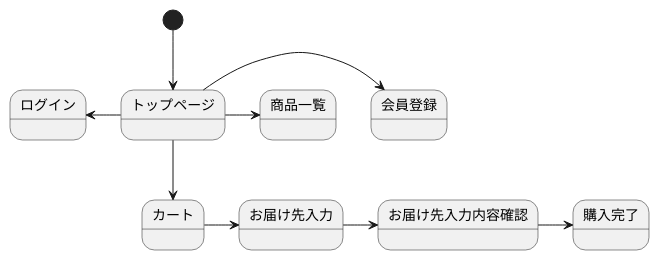
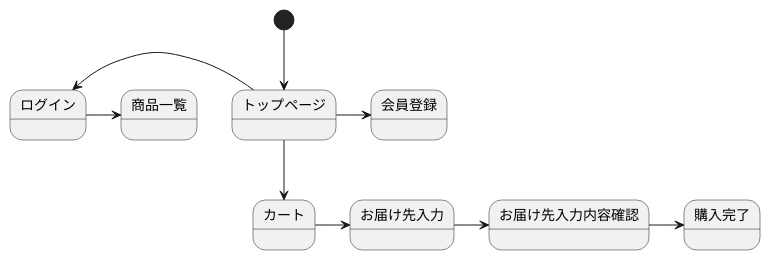
One commit to Aso2001379/2021sys-desing changed the diagram in kadai12.md. Above: the diagram before and after it, drawn with PlantUML.

````diff
--- a/kadai12.md
+++ b/kadai12.md
@@ -1,12 +1,12 @@
 ```uml
 @startuml
 [*] --> トップページ
 トップページ -> 会員登録
 トップページ -left-> ログイン
-トップページ ->商品一覧
+ログイン ->商品一覧
 トップページ --> カート
 カート -> お届け先入力
 お届け先入力 -> お届け先入力内容確認
 お届け先入力内容確認 -> 購入完了
 @enduml
 ```
````
